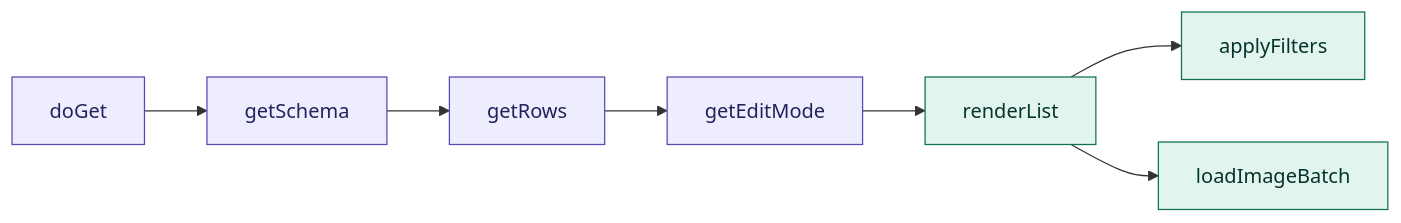
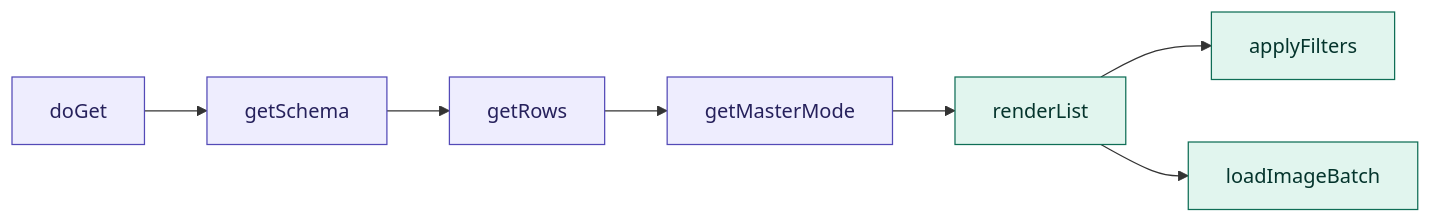
One commit to oleksiisedun/personnel-database changed the first of 6 diagrams in README.md. Above: the diagram before and after it, drawn with Mermaid. The commit also changed other lines of this file, not shown here.

Commit message:
Update README for Master Mode, sex column type, and edit-mode removal

````diff
--- a/README.md
+++ b/README.md
@@ -207,12 +224,12 @@
 ```mermaid
 flowchart LR
-  doGet --> getSchema --> getRows --> getEditMode --> renderList
+  doGet --> getSchema --> getRows --> getMasterMode --> renderList
   renderList --> applyFilters
   renderList --> loadImageBatch
 
   classDef code   fill:#EEEDFE,stroke:#534AB7,color:#26215C
   classDef client fill:#E1F5EE,stroke:#0F6E56,color:#04342C
 
-  class doGet,getSchema,getRows,getEditMode code
+  class doGet,getSchema,getRows,getMasterMode code
   class renderList,applyFilters,loadImageBatch client
 ```
````
